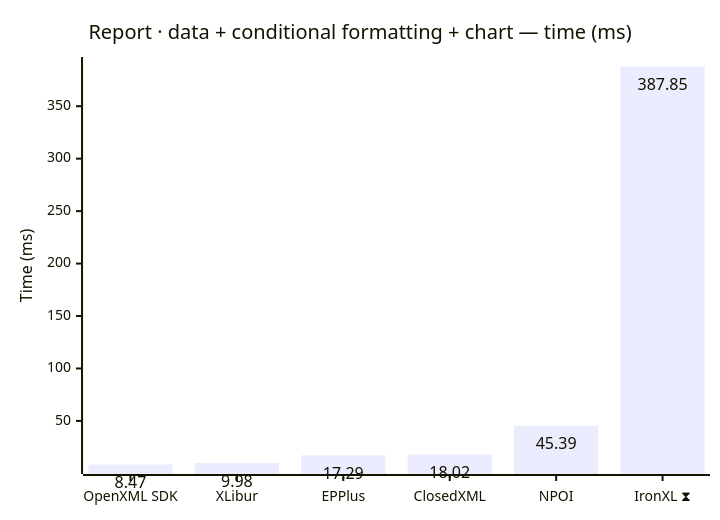
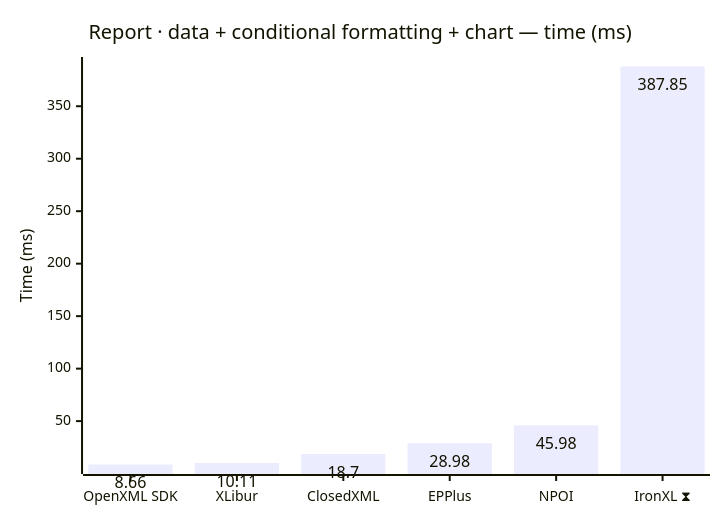
One commit to jafin/XLBench changed the seventh of 12 diagrams in docs/results-ci.md. Above: the diagram before and after it, drawn with Mermaid. The commit also changed other lines of this file, not shown here.

````diff
--- a/docs/results-ci.md
+++ b/docs/results-ci.md
@@ -119,12 +119,12 @@
 ```mermaid
 ---
 config:
   xyChart:
     showDataLabel: true
 ---
 xychart-beta
     title "Report · data + conditional formatting + chart — time (ms)"
-    x-axis ["OpenXML SDK", "XLibur", "EPPlus", "ClosedXML", "NPOI", "IronXL ⧗"]
+    x-axis ["OpenXML SDK", "XLibur", "ClosedXML", "EPPlus", "NPOI", "IronXL ⧗"]
     y-axis "Time (ms)"
-    bar [8.47, 9.98, 17.29, 18.02, 45.39, 387.85]
+    bar [8.66, 10.11, 18.7, 28.98, 45.98, 387.85]
 ```
````
